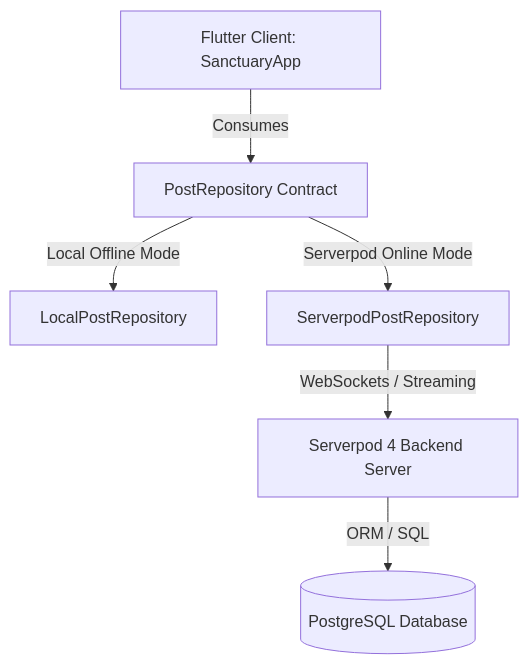
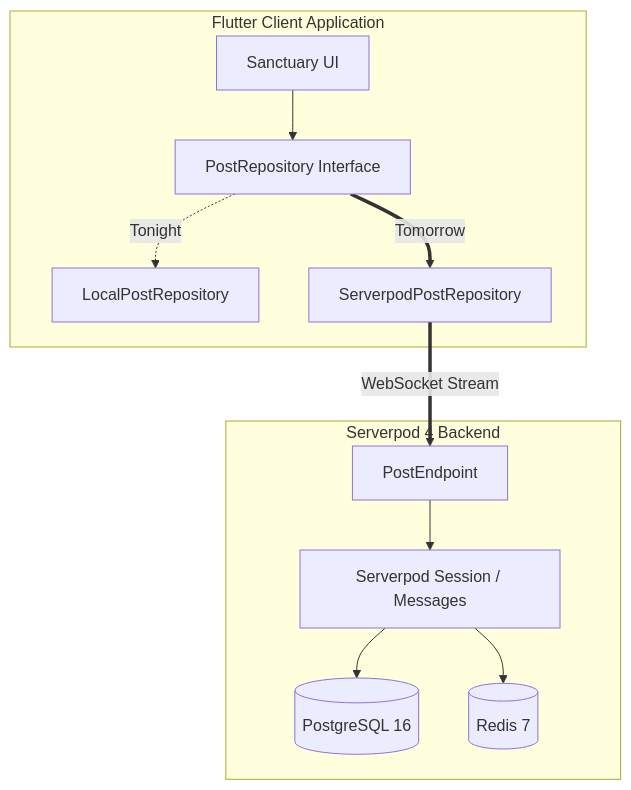
Before and after one commit to neiljaywarner/refuge: the diagram in 13_oct_2026_1123pm_oneshot.md, drawn with Mermaid. The commit also changed other lines of this file, not shown here.

Commit message:
docs: update 13_oct_2026_1123pm_oneshot.md with timeline and serverpod plan (#5)

````diff
--- a/13_oct_2026_1123pm_oneshot.md
+++ b/13_oct_2026_1123pm_oneshot.md
@@ -80,8 +112,15 @@
 ```mermaid
 graph TD
-    A[Flutter Client: SanctuaryApp] -->|Consumes| B[PostRepository Contract]
-    B -->|Local Offline Mode| C[LocalPostRepository]
-    B -->|Serverpod Online Mode| D[ServerpodPostRepository]
-    D -->|WebSockets / Streaming| E[Serverpod 4 Backend Server]
-    E -->|ORM / SQL| F[(PostgreSQL Database)]
+    subgraph Client Layer [Flutter Client Application]
+        UI[Sanctuary UI] --> Repo[PostRepository Interface]
+        Repo -.->|Tonight| Local[LocalPostRepository]
+        Repo ==>|Tomorrow| SrvRepo[ServerpodPostRepository]
+    end
+
+    subgraph Serverpod Layer [Serverpod 4 Backend]
+        SrvRepo ==>|WebSocket Stream| EP[PostEndpoint]
+        EP --> Session[Serverpod Session / Messages]
+        Session --> DB[(PostgreSQL 16)]
+        Session --> Cache[(Redis 7)]
+    end
 ```
````
